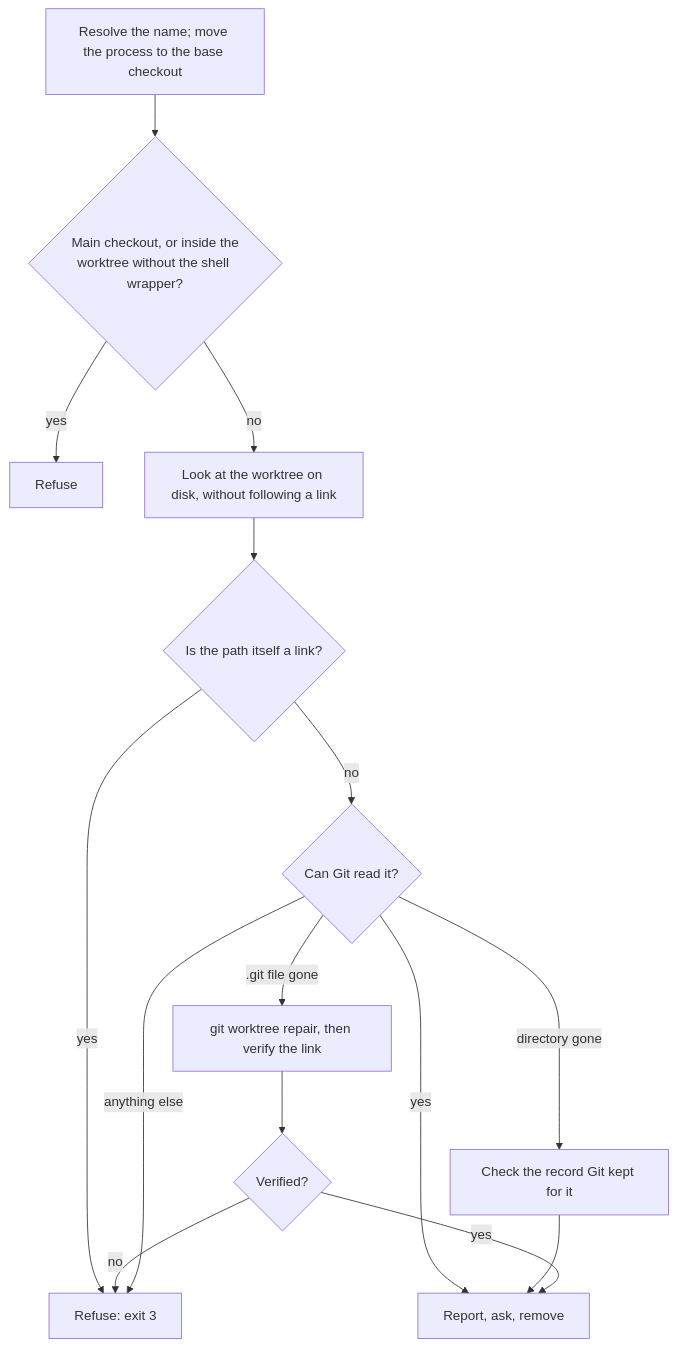
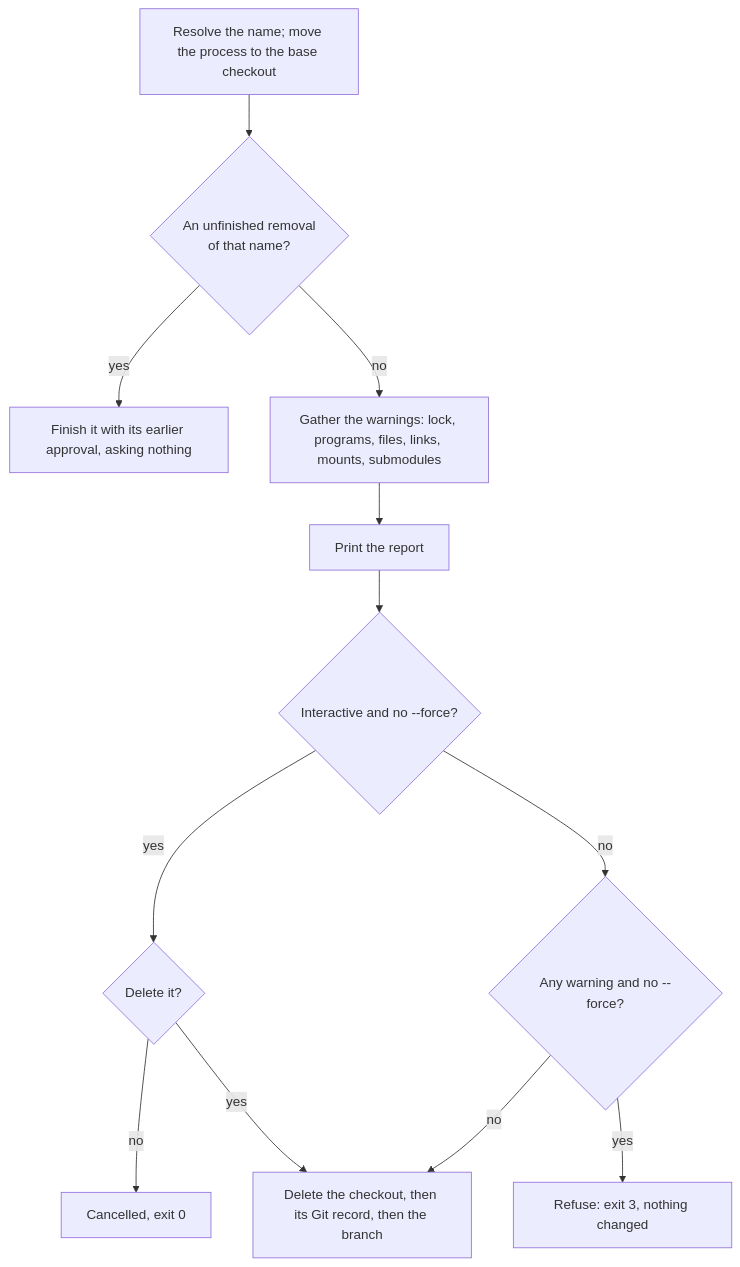
The first of 5 diagrams in worktree/docs/cli/remove.md (yankeeinlondon/rusty-biscuit), drawn with Mermaid before and after one commit. The commit also changed other lines of this file and 57 other files, not shown here.

First line of the commit message:
refactor(worktree): make confirmed removal delete checkouts directly

````diff
--- a/worktree/docs/cli/remove.md
+++ b/worktree/docs/cli/remove.md
@@ -17,16 +17,14 @@
 ```mermaid
 flowchart TD
-  A[Resolve the name; move the process to the base checkout] --> G{Main checkout, or inside the<br/>worktree without the shell wrapper?}
-  G -- yes --> Z[Refuse]
-  G -- no --> B[Look at the worktree on disk, without following a link]
-  B --> L{Is the path itself a link?}
-  L -- yes --> X
-  L -- no --> C{Can Git read it?}
-  C -- yes --> N[Report, ask, remove]
-  C -- directory gone --> M[Check the record Git kept for it] --> N
-  C -- .git file gone --> R[git worktree repair, then verify the link]
-  R --> V{Verified?}
-  V -- yes --> N
-  V -- no --> X[Refuse: exit 3]
-  C -- anything else --> X
+  A[Resolve the name; move the process to the base checkout] --> P{An unfinished removal<br/>of that name?}
+  P -- yes --> F[Finish it with its earlier approval, asking nothing]
+  P -- no --> B[Gather the warnings: lock, programs, files, links, mounts, submodules]
+  B --> R[Print the report]
+  R --> Q{Interactive and no --force?}
+  Q -- yes --> Y{Delete it?}
+  Y -- no --> C[Cancelled, exit 0]
+  Y -- yes --> D[Delete the checkout, then its Git record, then the branch]
+  Q -- no --> W{Any warning and no --force?}
+  W -- yes --> X[Refuse: exit 3, nothing changed]
+  W -- no --> D
 ```
````
